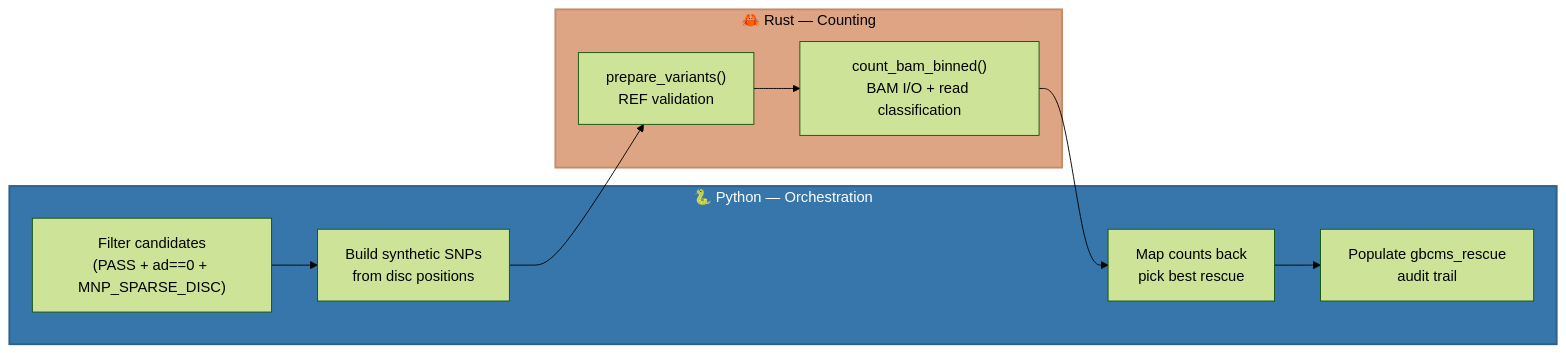
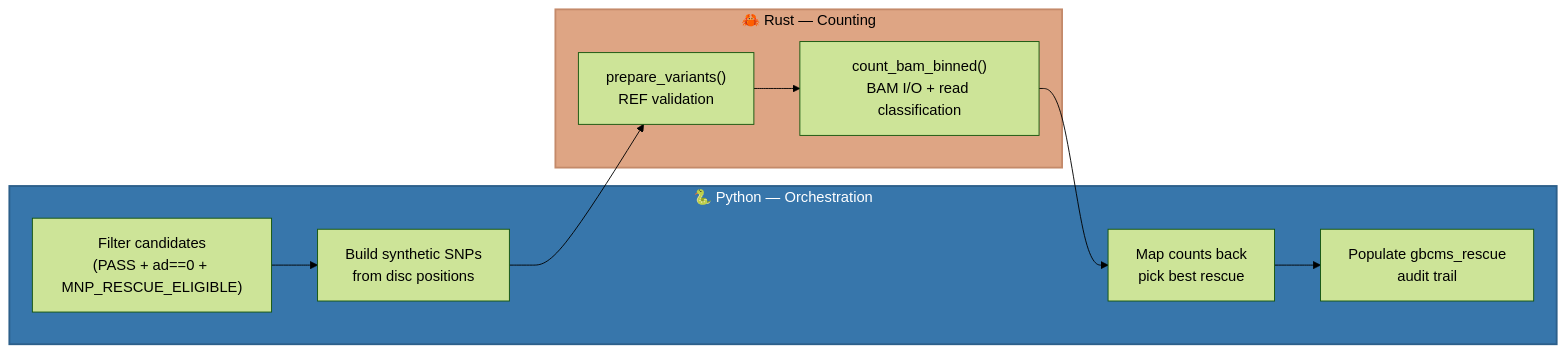
Before and after one commit to msk-access/gbcms: the seventh of 7 diagrams in docs/reference/architecture.md, drawn with Mermaid (forest theme). The commit also changed other lines of this file and 27 other files, not shown here.

First line of the commit message:
feat(v5): configurable MNP rescue threshold, deep audit fixes, stub sync

````diff
--- a/docs/reference/architecture.md
+++ b/docs/reference/architecture.md
@@ -334,23 +339,23 @@
 ```mermaid
 flowchart LR
     subgraph Python ["🐍 Python — Orchestration"]
-        Filter["Filter candidates\n(PASS + ad==0 + MNP_SPARSE_DISC)"]
+        Filter["Filter candidates\n(PASS + ad==0 + MNP_RESCUE_ELIGIBLE)"]
         Build["Build synthetic SNPs\nfrom disc positions"]
         Map["Map counts back\npick best rescue"]
         Audit["Populate gbcms_rescue\naudit trail"]
     end
 
     subgraph Rust ["🦀 Rust — Counting"]
         Prepare["prepare_variants()\nREF validation"]
         Count["count_bam_binned()\nBAM I/O + read classification"]
     end
 
     Filter --> Build --> Prepare
     Prepare --> Count
     Count --> Map --> Audit
 
     classDef pythonStyle fill:#3776ab,color:#fff,stroke:#2c5f8a,stroke-width:2px;
     classDef rustStyle fill:#dea584,color:#000,stroke:#c48a6a,stroke-width:2px;
     class Python pythonStyle;
     class Rust rustStyle;
 ```
````
